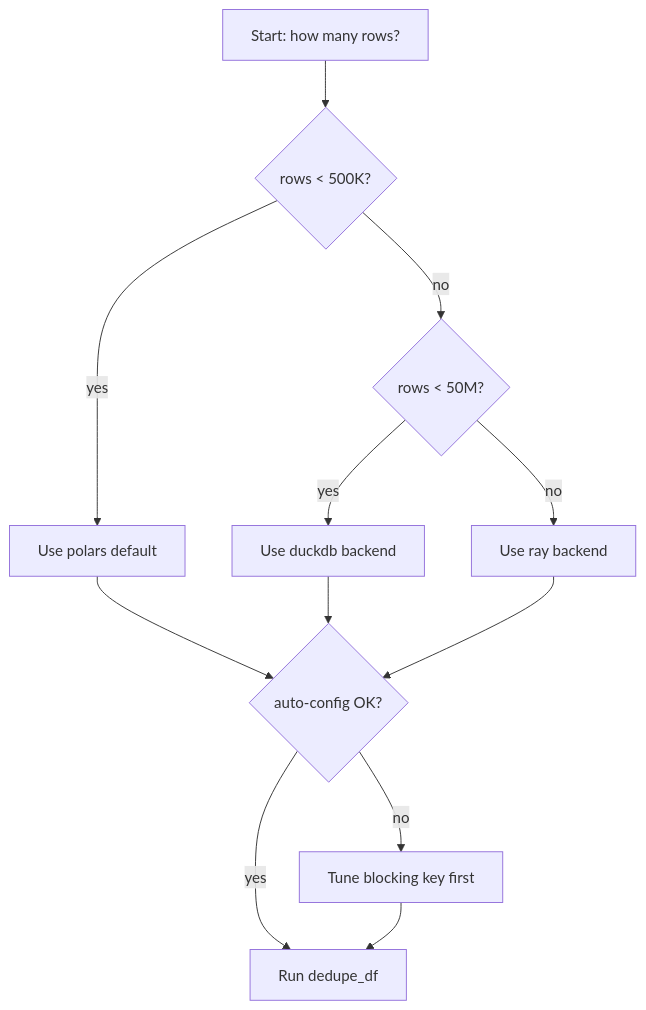
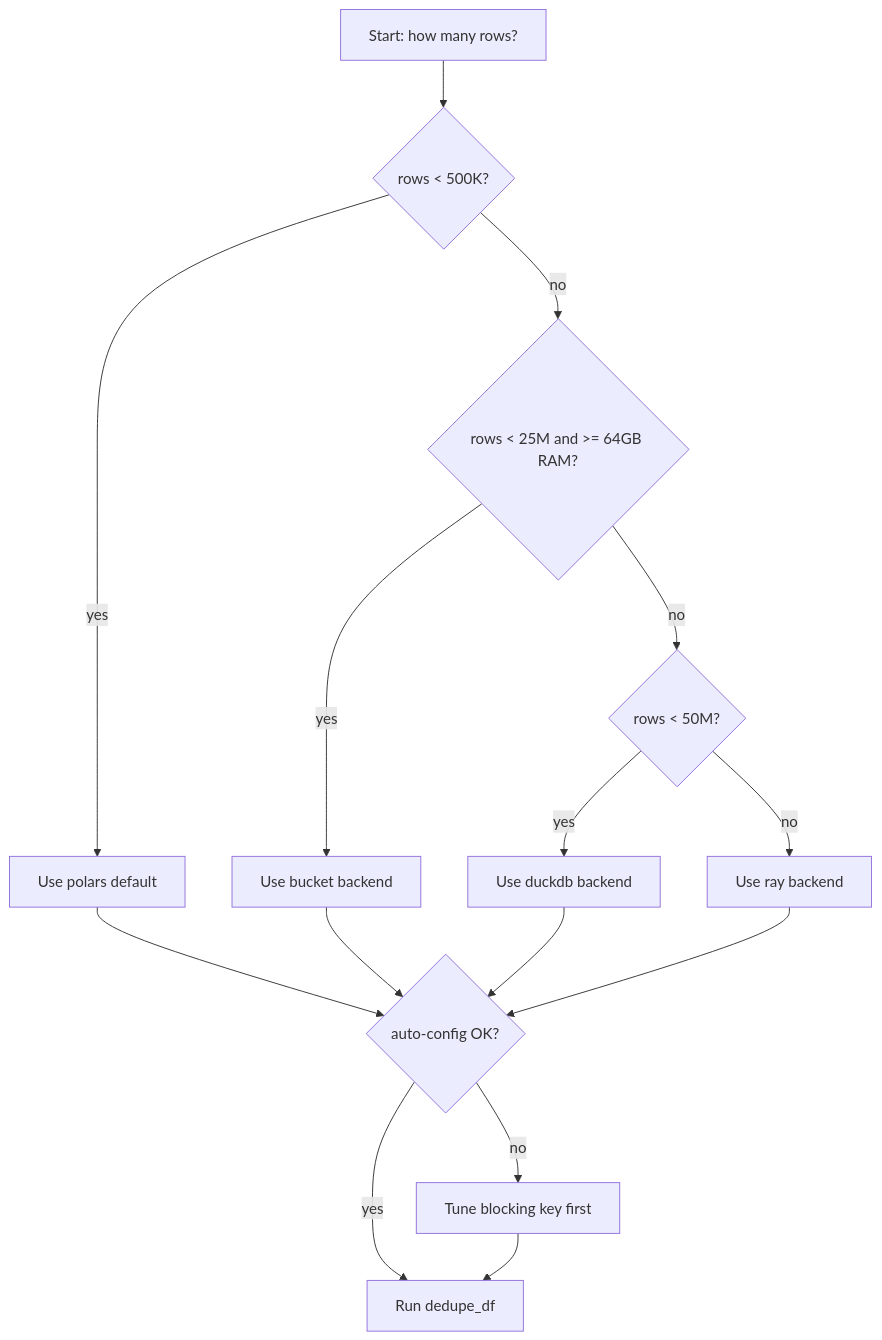
Before and after one commit to benseverndev-oss/goldenmatch: the diagram in docs/scale-envelope.md, drawn with Mermaid. The commit also changed other lines of this file and 1 other file, not shown here.

Commit message:
docs: 25M-on-bucket is the supported 5M-25M path (run 26095134836)
25M dedupe lands at 6.5 min / 57.7 GB peak RSS on a 16c/64GB runner after
PR #334 (golden streaming) + PR #335 (drop tracemalloc + release UF state).
Two prior 25M runs OOM'd at ~62 GB.

Updates scale-envelope picker to lead with this number for 5M-25M.
Updates the goldenmatch CLAUDE.md performance section with the run id,
the stage breakdown, and the rationale linking back to PRs #334/#335.

````diff
--- a/docs/scale-envelope.md
+++ b/docs/scale-envelope.md
@@ -31,14 +32,17 @@
 ```mermaid
 flowchart TD
     A[Start: how many rows?] --> B{rows < 500K?}
     B -->|yes| C[Use polars default]
-    B -->|no| D{rows < 50M?}
+    B -->|no| D2{rows < 25M and >= 64GB RAM?}
+    D2 -->|yes| E2[Use bucket backend]
+    D2 -->|no| D{rows < 50M?}
     D -->|yes| E[Use duckdb backend]
     D -->|no| F[Use ray backend]
+    E2 --> G
     C --> G{auto-config OK?}
     E --> G
     F --> G
     G -->|yes| H[Run dedupe_df]
     G -->|no| I[Tune blocking key first]
     I --> H
 ```
````
